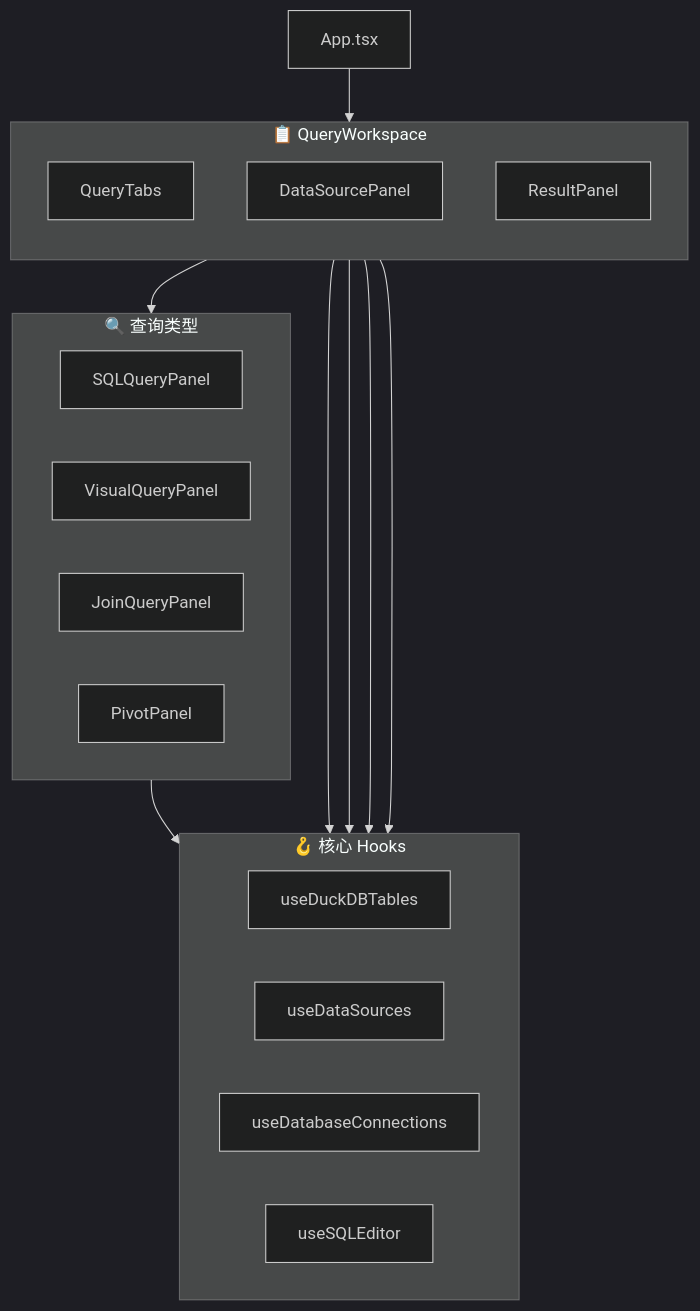
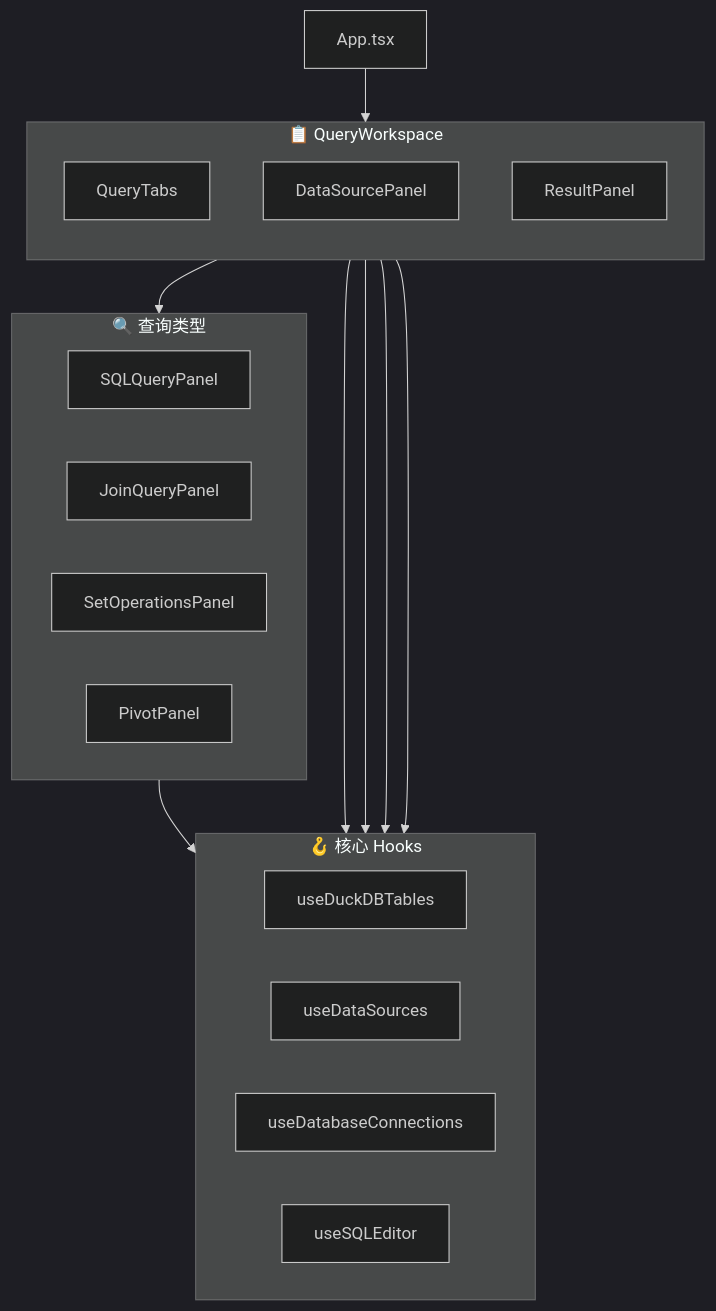
One commit to Chenkeliang/duckdb-query changed the third of 11 diagrams in docs/SYSTEM_ARCHITECTURE.md. Above: the diagram before and after it, drawn with Mermaid (dark theme). The commit also changed other lines of this file and 247 other files, not shown here.

First line of the commit message:
chore: remove legacy visual-query paths and obsolete docs

````diff
--- a/docs/SYSTEM_ARCHITECTURE.md
+++ b/docs/SYSTEM_ARCHITECTURE.md
@@ -98,35 +98,35 @@
 ```mermaid
 flowchart TB
     App[App.tsx]
     
     subgraph Workspace["📋 QueryWorkspace"]
         direction TB
         Tabs[QueryTabs]
         DSPanel[DataSourcePanel]
         Result[ResultPanel]
     end
 
     subgraph QueryTypes["🔍 查询类型"]
         direction LR
         SQL[SQLQueryPanel]
-        Visual[VisualQueryPanel]
         Join[JoinQueryPanel]
+        SetOps[SetOperationsPanel]
         Pivot[PivotPanel]
     end
 
     subgraph Hooks["🪝 核心 Hooks"]
         direction LR
         H1[useDuckDBTables]
         H2[useDataSources]
         H3[useDatabaseConnections]
         H4[useSQLEditor]
     end
 
     App --> Workspace
     Tabs --> QueryTypes
     SQL --> H4
     DSPanel --> H1
     DSPanel --> H2
     DSPanel --> H3
     Result --> H1
 ```
````
